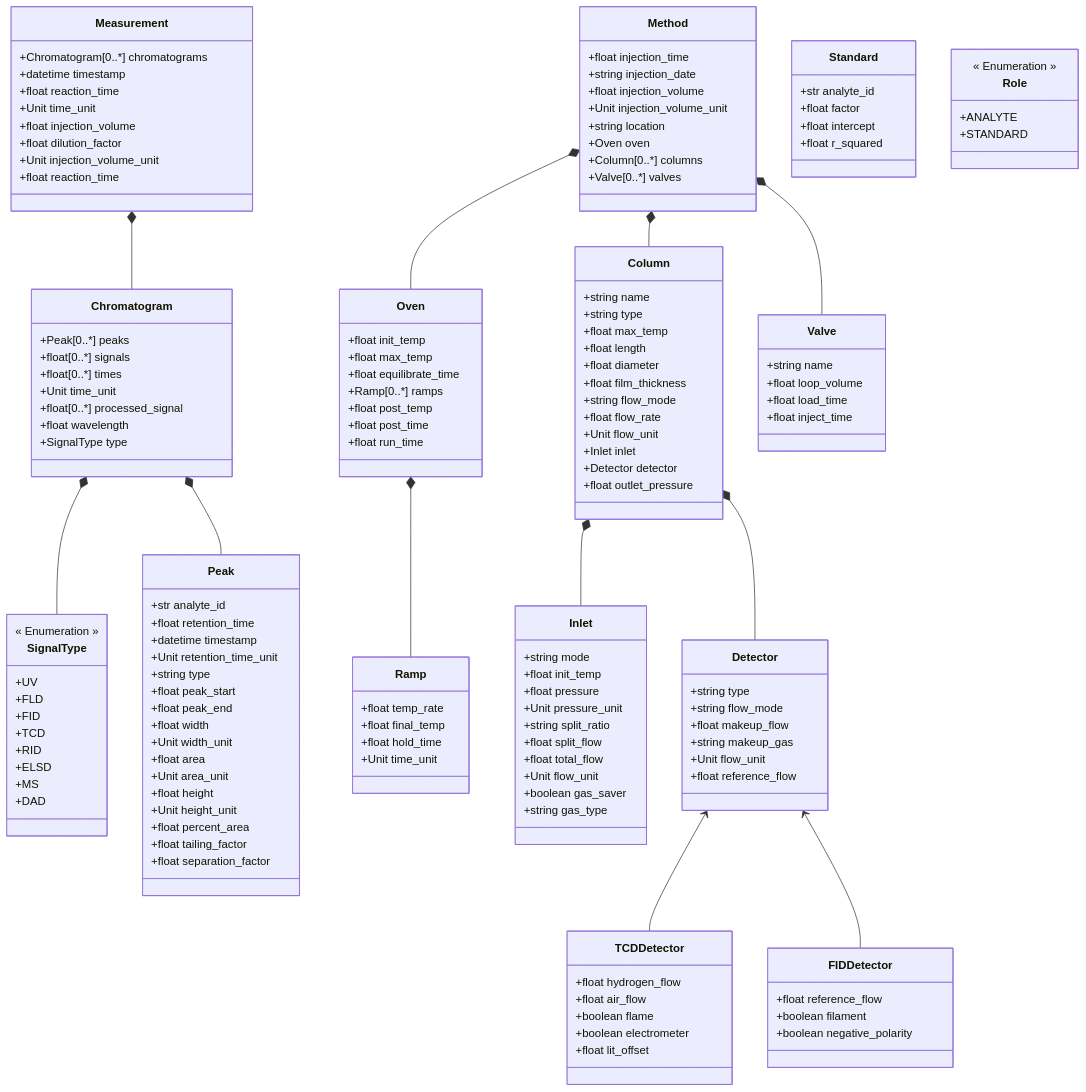
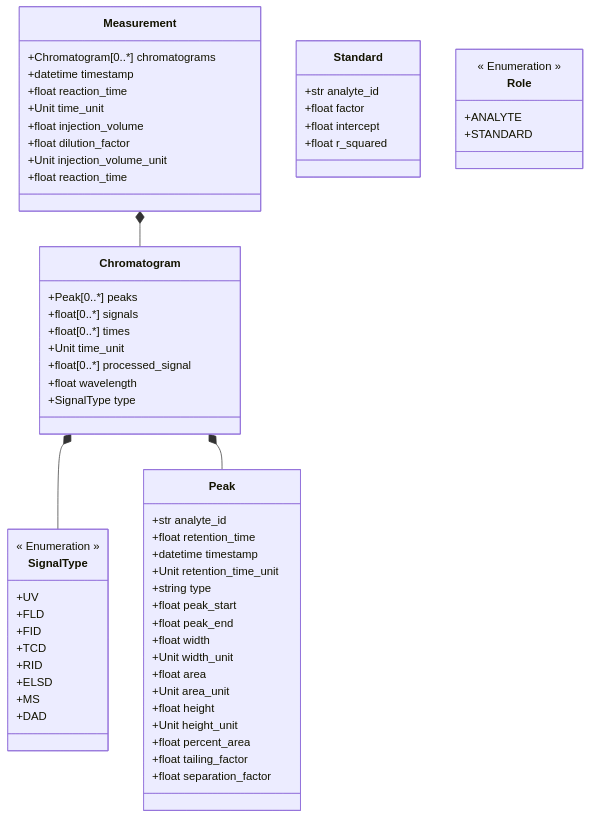
The diagram in chromatopy/schemes/chromatopy_schema.md (FAIRChemistry/chromatopy), drawn with Mermaid before and after one commit. The commit also changed 5 other files, not shown here.

````diff
--- a/chromatopy/schemes/chromatopy_schema.md
+++ b/chromatopy/schemes/chromatopy_schema.md
@@ -1,16 +1,8 @@
 ```mermaid
 classDiagram
-    Detector <-- TCDDetector
-    Detector <-- FIDDetector
     Measurement *-- Chromatogram
     Chromatogram *-- SignalType
     Chromatogram *-- Peak
-    Method *-- Oven
-    Method *-- Column
-    Method *-- Valve
-    Oven *-- Ramp
-    Column *-- Inlet
-    Column *-- Detector
     
     class Measurement {
         +Chromatogram[0..*] chromatograms
@@ -59,92 +51,6 @@
         +float r_squared
     }
     
-    class Method {
-        +float injection_time
-        +string injection_date
-        +float injection_volume
-        +Unit injection_volume_unit
-        +string location
-        +Oven oven
-        +Column[0..*] columns
-        +Valve[0..*] valves
-    }
-    
-    class Oven {
-        +float init_temp
-        +float max_temp
-        +float equilibrate_time
-        +Ramp[0..*] ramps
-        +float post_temp
-        +float post_time
-        +float run_time
-    }
-    
-    class Ramp {
-        +float temp_rate
-        +float final_temp
-        +float hold_time
-        +Unit time_unit
-    }
-    
-    class Inlet {
-        +string mode
-        +float init_temp
-        +float pressure
-        +Unit pressure_unit
-        +string split_ratio
-        +float split_flow
-        +float total_flow
-        +Unit flow_unit
-        +boolean gas_saver
-        +string gas_type
-    }
-    
-    class Column {
-        +string name
-        +string type
-        +float max_temp
-        +float length
-        +float diameter
-        +float film_thickness
-        +string flow_mode
-        +float flow_rate
-        +Unit flow_unit
-        +Inlet inlet
-        +Detector detector
-        +float outlet_pressure
-    }
-    
-    class Detector {
-        +string type
-        +string flow_mode
-        +float makeup_flow
-        +string makeup_gas
-        +Unit flow_unit
-        +float reference_flow
-    }
-    
-    class TCDDetector {
-        +float hydrogen_flow
-        +float air_flow
-        +boolean flame
-        +boolean electrometer
-        +float lit_offset
-    }
-    
-    class FIDDetector {
-        +float reference_flow
-        +boolean filament
-        +boolean negative_polarity
-    }
-    
-    class Valve {
-        +string name
-        +float loop_volume
-        +float load_time
-        +float inject_time
-    }
-    
     class SignalType {
         << Enumeration >>
         +UV
````
